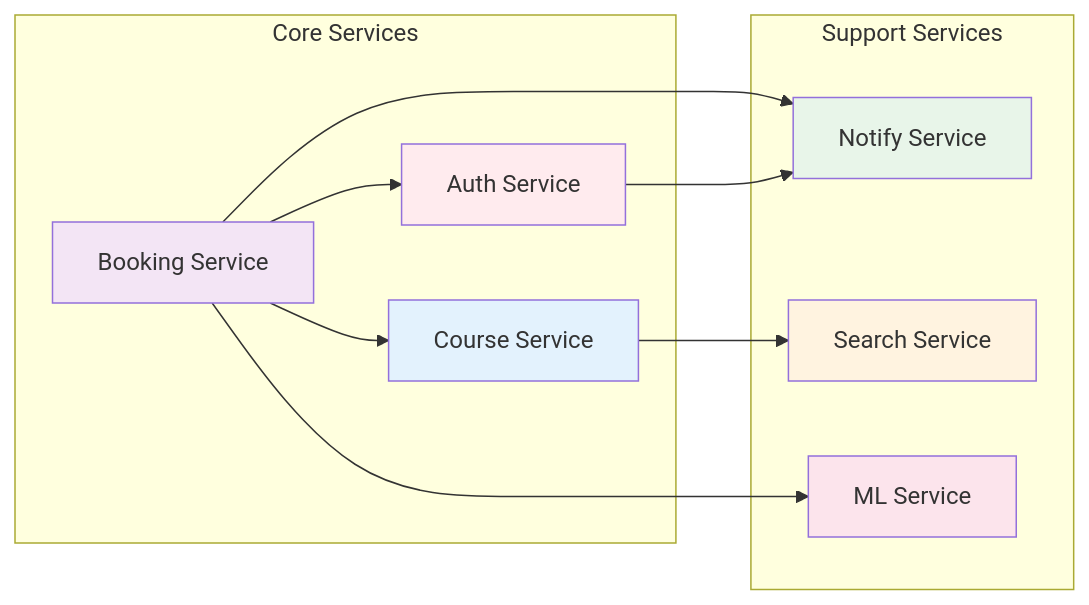
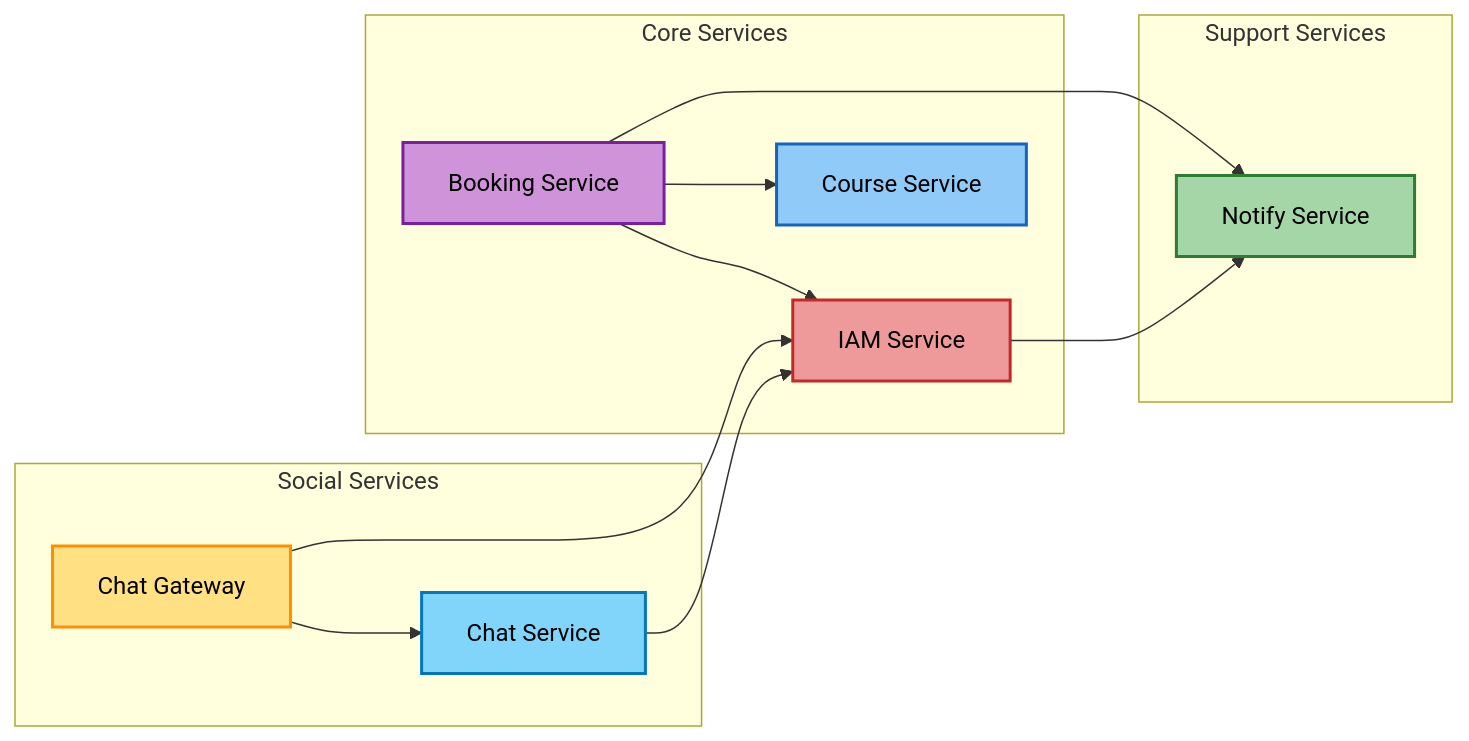
Before and after one commit to uniyous/parkgolf-platform: the third of 10 diagrams in docs/ARCHITECTURE.md, drawn with Mermaid. The commit also changed other lines of this file and 4 other files, not shown here.

````diff
--- a/docs/ARCHITECTURE.md
+++ b/docs/ARCHITECTURE.md
@@ -164,28 +165,32 @@
 ```mermaid
 graph LR
     subgraph "Core Services"
-        AUTH[Auth Service]
+        IAM[IAM Service]
         COURSE[Course Service]
         BOOK[Booking Service]
     end
 
+    subgraph "Social Services"
+        CHAT[Chat Service]
+        CHATGW[Chat Gateway]
+    end
+
     subgraph "Support Services"
         NOTIFY[Notify Service]
-        SEARCH[Search Service]
-        ML[ML Service]
     end
 
-    BOOK --> AUTH
+    BOOK --> IAM
     BOOK --> COURSE
     BOOK --> NOTIFY
-    COURSE --> SEARCH
-    BOOK --> ML
-    AUTH --> NOTIFY
+    IAM --> NOTIFY
+    CHATGW --> CHAT
+    CHATGW --> IAM
+    CHAT --> IAM
 
-    style AUTH fill:#ffebee
-    style COURSE fill:#e3f2fd
-    style BOOK fill:#f3e5f5
-    style NOTIFY fill:#e8f5e9
-    style SEARCH fill:#fff3e0
-    style ML fill:#fce4ec
+    style IAM fill:#ef9a9a,stroke:#c62828,stroke-width:2px,color:#000
+    style COURSE fill:#90caf9,stroke:#1565c0,stroke-width:2px,color:#000
+    style BOOK fill:#ce93d8,stroke:#7b1fa2,stroke-width:2px,color:#000
+    style NOTIFY fill:#a5d6a7,stroke:#2e7d32,stroke-width:2px,color:#000
+    style CHAT fill:#81d4fa,stroke:#0277bd,stroke-width:2px,color:#000
+    style CHATGW fill:#ffe082,stroke:#ff8f00,stroke-width:2px,color:#000
 ```
````
